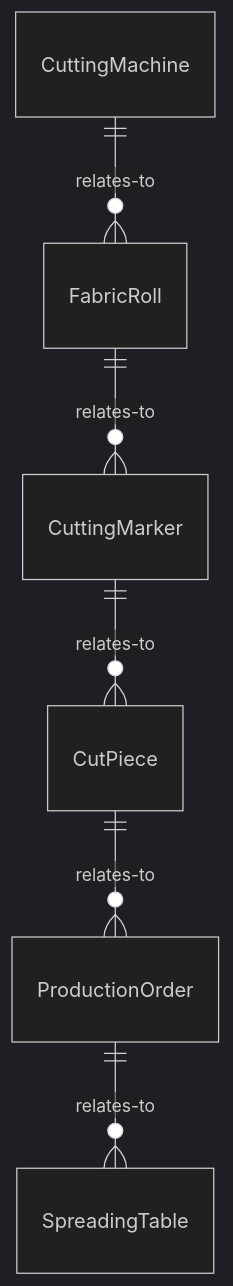
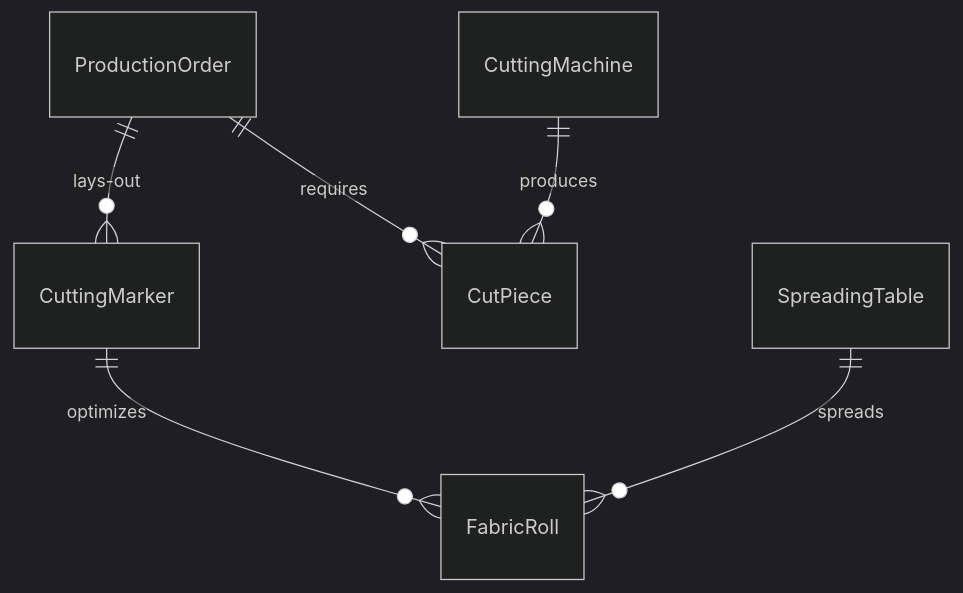
The first of 4 diagrams in ControllingMachinesAndProcesses/OperateCuttingOrGrindingEquipment/OperateTextileCuttingProductionEquipment.mdx (dot-org-ai/tasks.org.ai), drawn with Mermaid (dark theme) before and after one commit. The commit also changed other lines of this file and 515 other files, not shown here.

````diff
--- a/ControllingMachinesAndProcesses/OperateCuttingOrGrindingEquipment/OperateTextileCuttingProductionEquipment.mdx
+++ b/ControllingMachinesAndProcesses/OperateCuttingOrGrindingEquipment/OperateTextileCuttingProductionEquipment.mdx
@@ -88,8 +88,8 @@
 ```mermaid
 erDiagram
-    CuttingMachine ||--o{ FabricRoll : relates-to
-    FabricRoll ||--o{ CuttingMarker : relates-to
-    CuttingMarker ||--o{ CutPiece : relates-to
-    CutPiece ||--o{ ProductionOrder : relates-to
-    ProductionOrder ||--o{ SpreadingTable : relates-to
+    ProductionOrder ||--o{ CuttingMarker : lays-out
+    CuttingMarker ||--o{ FabricRoll : optimizes
+    CuttingMachine ||--o{ CutPiece : produces
+    SpreadingTable ||--o{ FabricRoll : spreads
+    ProductionOrder ||--o{ CutPiece : requires
 ```
````
